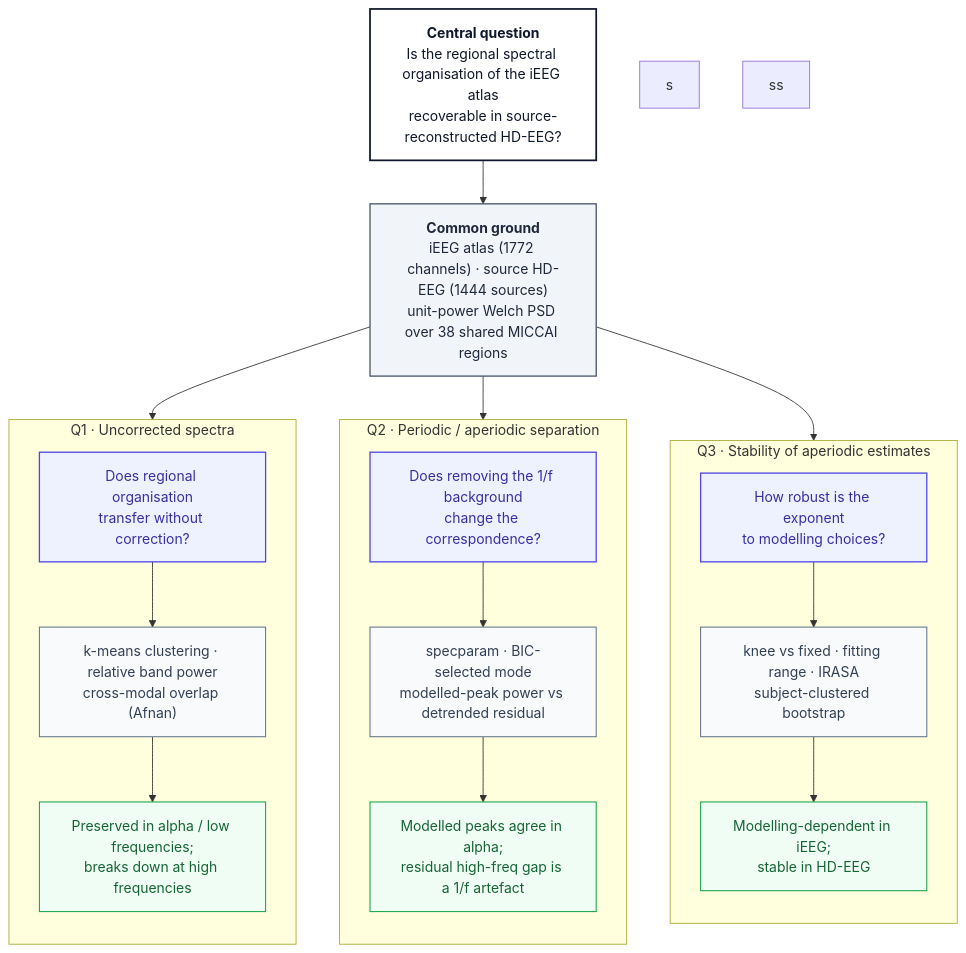
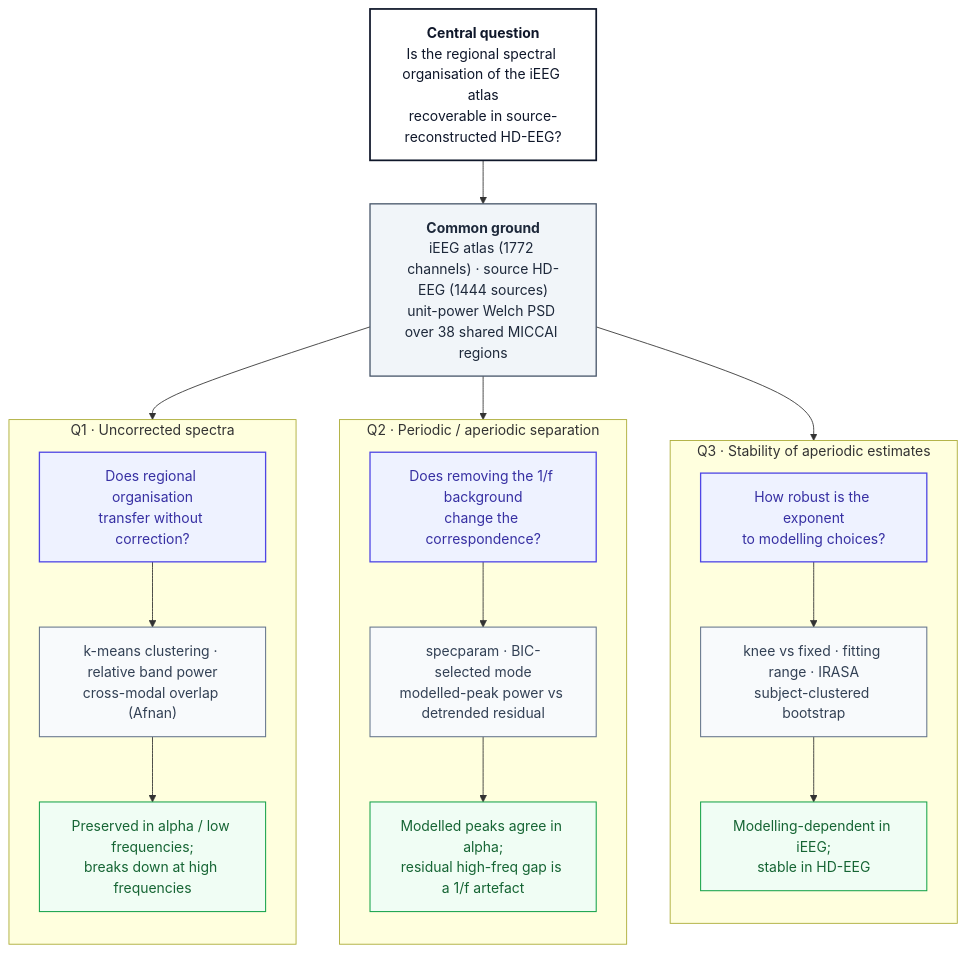
The diagram in diagrams/pipeline.mmd (danieltomasz/code-spectral-comparison), drawn with Mermaid before and after one commit. The commit also changed 1 other file, not shown here.

```diff
--- a/diagrams/pipeline.mmd
+++ b/diagrams/pipeline.mmd
@@ -1,46 +1,41 @@
 flowchart TD
     classDef frame fill:#ffffff,stroke:#0f172a,stroke-width:2px,color:#0f172a;
     classDef data fill:#f1f5f9,stroke:#475569,stroke-width:1.5px,color:#1e293b;
     classDef method fill:#f8fafc,stroke:#64748b,stroke-width:1.2px,color:#334155;
     classDef take fill:#f0fdf4,stroke:#16a34a,stroke-width:1.2px,color:#166534;
     classDef qhead fill:#eef2ff,stroke:#4f46e5,stroke-width:1.5px,color:#3730a3;
 
     P["<b>Central question</b><br>Is the regional spectral organisation of the iEEG atlas<br>recoverable in source-reconstructed HD-EEG?"]:::frame
 
     D["<b>Common ground</b><br>iEEG atlas (1772 channels) · source HD-EEG (1444 sources)<br>unit-power Welch PSD over 38 shared MICCAI regions"]:::data
 
     P --> D
     D --> Q1
     D --> Q2
     D --> Q3
 
     subgraph Q1 ["Q1 · Uncorrected spectra"]
         direction TB
         Q1h["Does regional organisation<br>transfer without correction?"]:::qhead
         Q1m["k-means clustering · relative band power<br>cross-modal overlap (Afnan)"]:::method
         Q1t["Preserved in alpha / low frequencies;<br>breaks down at high frequencies"]:::take
         Q1h --> Q1m --> Q1t
     end
 
-    s
-    ss
-    ss
-    ss
-    ss
-    ss
+  
 
     subgraph Q2 ["Q2 · Periodic / aperiodic separation"]
         direction TB
         Q2h["Does removing the 1/f background<br>change the correspondence?"]:::qhead
         Q2m["specparam · BIC-selected mode<br>modelled-peak power vs detrended residual"]:::method
         Q2t["Modelled peaks agree in alpha;<br>residual high-freq gap is a 1/f artefact"]:::take
         Q2h --> Q2m --> Q2t
     end
 
     subgraph Q3 ["Q3 · Stability of aperiodic estimates"]
         direction TB
         Q3h["How robust is the exponent<br>to modelling choices?"]:::qhead
         Q3m["knee vs fixed · fitting range · IRASA<br>subject-clustered bootstrap"]:::method
         Q3t["Modelling-dependent in iEEG;<br>stable in HD-EEG"]:::take
         Q3h --> Q3m --> Q3t
     end
```
